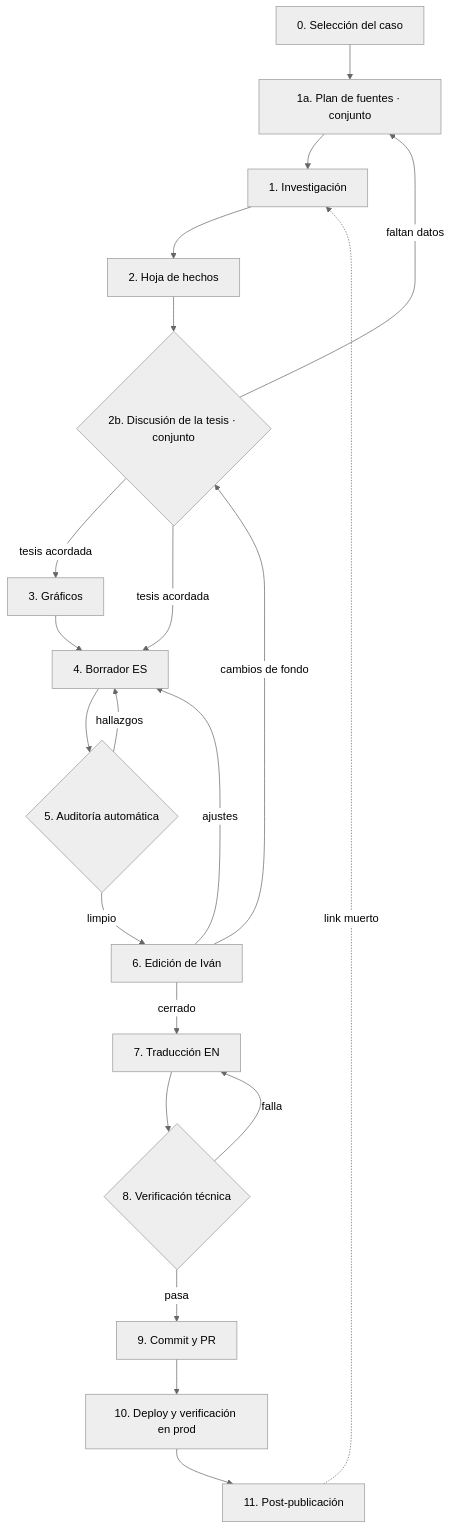
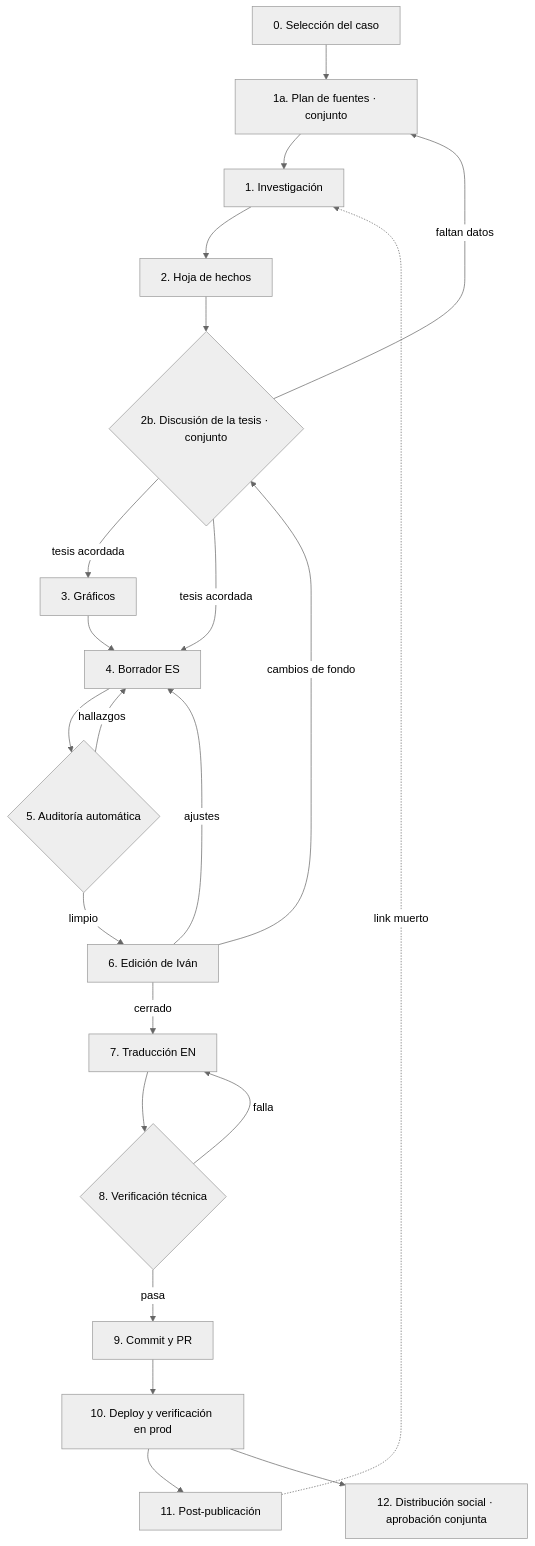
Before and after one commit to ivandujaut/ivandujaut: the diagram in .claude/docs/content-workflow.md, drawn with Mermaid (neutral theme). The commit also changed other lines of this file, not shown here.

First line of the commit message:
docs(workflow): add social distribution node

````diff
--- a/.claude/docs/content-workflow.md
+++ b/.claude/docs/content-workflow.md
@@ -8,23 +8,24 @@
 ```mermaid
 flowchart TD
     N0[0. Selección del caso] --> N1a[1a. Plan de fuentes · conjunto]
     N1a --> N1[1. Investigación]
     N1 --> N2[2. Hoja de hechos]
     N2 --> N2b{2b. Discusión de la tesis · conjunto}
     N2b -- faltan datos --> N1a
     N2b -- tesis acordada --> N3[3. Gráficos]
     N2b -- tesis acordada --> N4[4. Borrador ES]
     N3 --> N4
     N4 --> N5{5. Auditoría automática}
     N5 -- hallazgos --> N4
     N5 -- limpio --> N6[6. Edición de Iván]
     N6 -- cambios de fondo --> N2b
     N6 -- ajustes --> N4
     N6 -- cerrado --> N7[7. Traducción EN]
     N7 --> N8{8. Verificación técnica}
     N8 -- falla --> N7
     N8 -- pasa --> N9[9. Commit y PR]
     N9 --> N10[10. Deploy y verificación en prod]
     N10 --> N11[11. Post-publicación]
+    N10 --> N12[12. Distribución social · aprobación conjunta]
     N11 -. link muerto .-> N1
 ```
````
